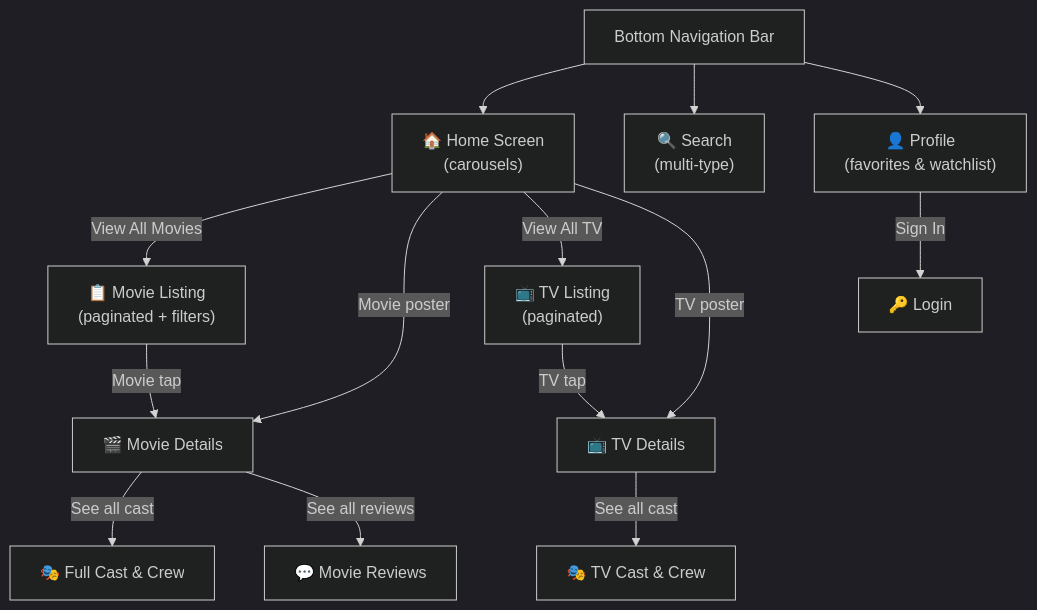
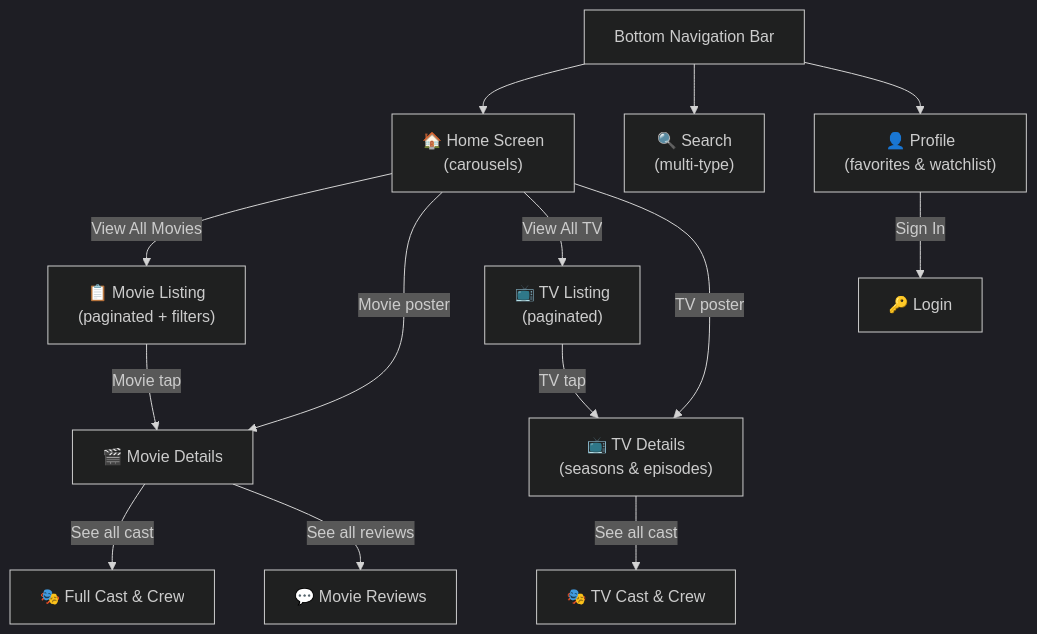
The first of 2 diagrams in README.md (gspgobi/TMDB-v1), drawn with Mermaid (dark theme) before and after one commit. The commit also changed other lines of this file, not shown here.

````diff
--- a/README.md
+++ b/README.md
@@ -57,30 +58,30 @@
 ```mermaid
 flowchart TD
     Home["🏠 Home Screen\n(carousels)"]
     Listing["📋 Movie Listing\n(paginated + filters)"]
     Details["🎬 Movie Details"]
     Cast["🎭 Full Cast & Crew"]
     Reviews["💬 Movie Reviews"]
     TvListing["📺 TV Listing\n(paginated)"]
-    TvDetails["📺 TV Details"]
+    TvDetails["📺 TV Details\n(seasons & episodes)"]
     TvCast["🎭 TV Cast & Crew"]
     Search["🔍 Search\n(multi-type)"]
     Profile["👤 Profile\n(favorites & watchlist)"]
     Login["🔑 Login"]
 
     Home -->|View All Movies| Listing
     Home -->|Movie poster| Details
     Home -->|View All TV| TvListing
     Home -->|TV poster| TvDetails
     Listing -->|Movie tap| Details
     Details -->|See all cast| Cast
     Details -->|See all reviews| Reviews
     TvListing -->|TV tap| TvDetails
     TvDetails -->|See all cast| TvCast
     Profile -->|Sign In| Login
 
     BottomNav["Bottom Navigation Bar"]
     BottomNav --> Home
     BottomNav --> Search
     BottomNav --> Profile
 ```
````
